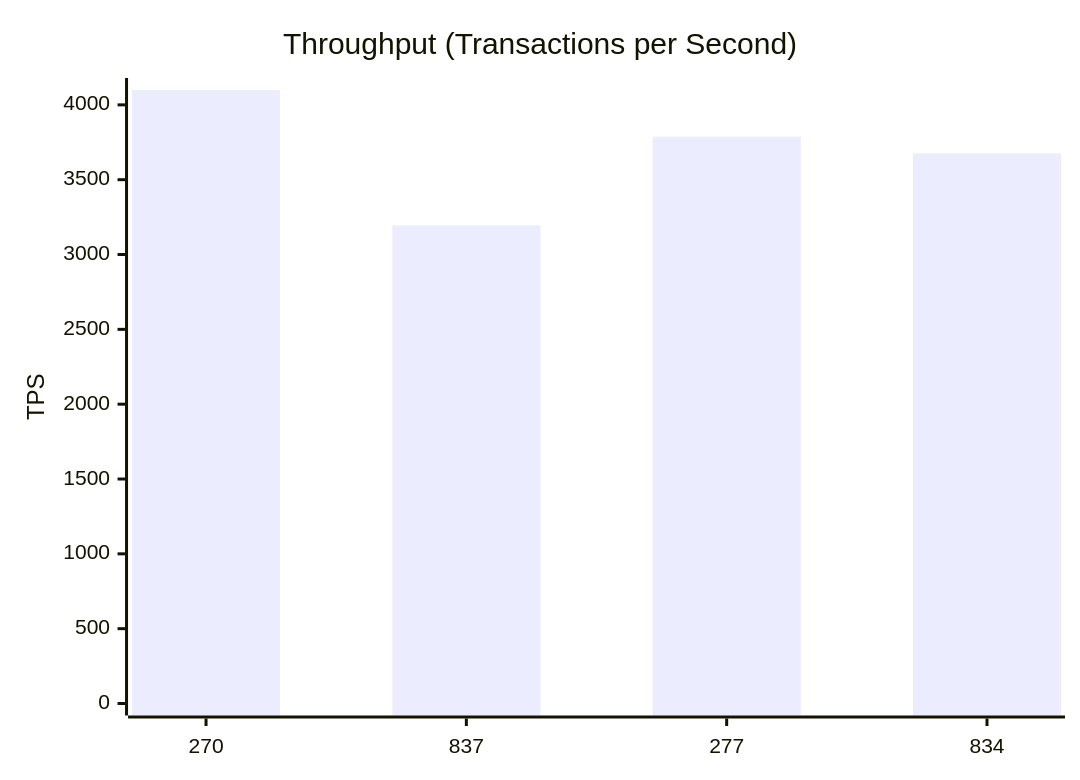
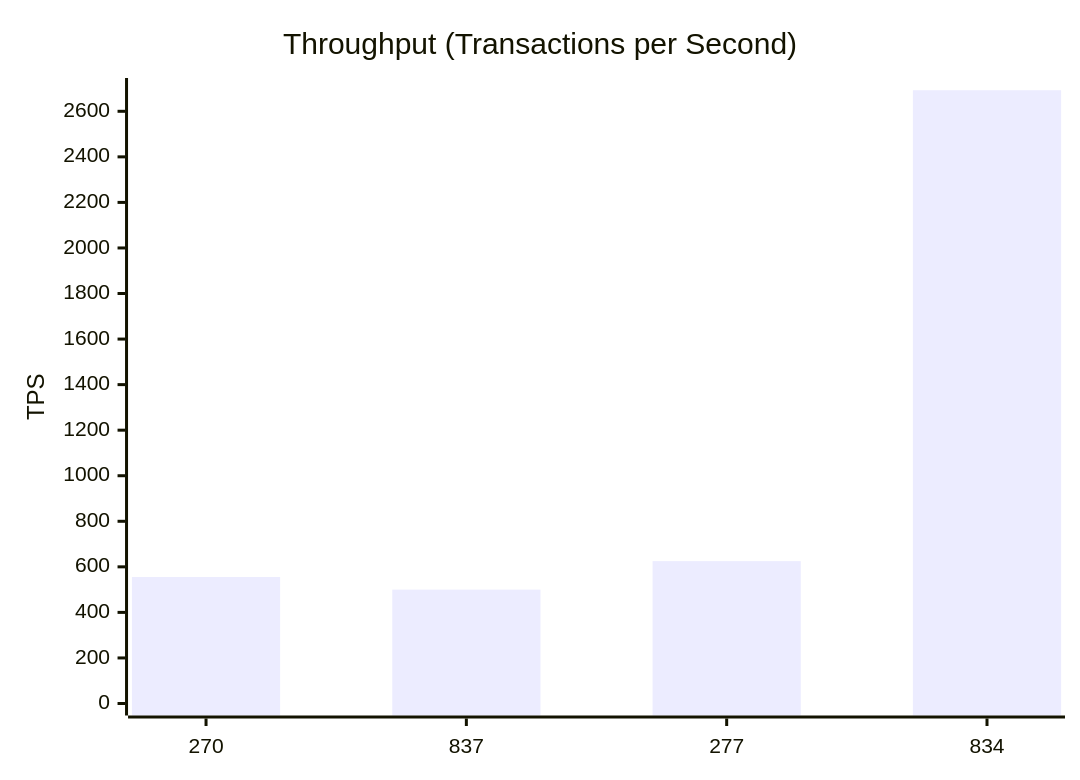
The second of 10 diagrams in test-tools/DataGen/src/Statistics_Visualizer.md (dhagan-va/intern-2025), drawn with Mermaid before and after one commit. The commit also changed other lines of this file and 3 other files, not shown here.

````diff
--- a/test-tools/DataGen/src/Statistics_Visualizer.md
+++ b/test-tools/DataGen/src/Statistics_Visualizer.md
@@ -29,7 +29,7 @@
 ```mermaid
 xychart-beta
     title "Throughput (Transactions per Second)"
     x-axis ["270", "837", "277", "834"]
-    y-axis "TPS" 0 --> 4099.343859246478
-    bar [4098.343859246478, 3194.8779716358736, 3787.907484147607, 3676.4841047209734]
+    y-axis "TPS" 0 --> 2693.5148088314486
+    bar [555.4938340184424, 499.90001999600076, 625.1562890722681, 2692.5148088314486]
 ```
````
